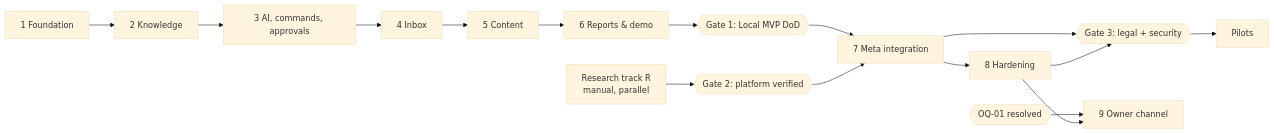
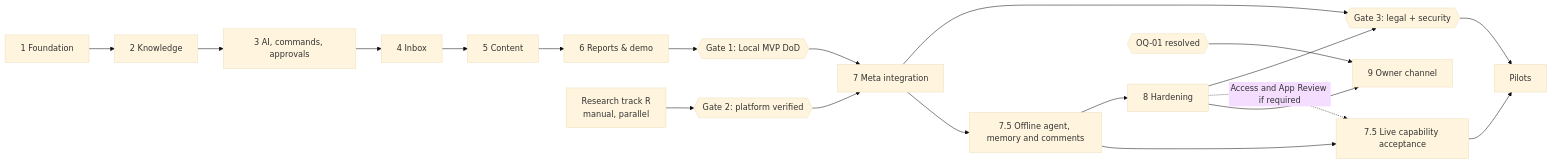
Before and after one commit to Ernosto0/AgentNest: the diagram in docs/implementation/roadmap.md, drawn with Mermaid (base theme). The commit also changed other lines of this file and 30 other files, not shown here.

````diff
--- a/docs/implementation/roadmap.md
+++ b/docs/implementation/roadmap.md
@@ -26,14 +27,18 @@
 ```mermaid
 flowchart LR
   P1[1 Foundation] --> P2[2 Knowledge] --> P3[3 AI, commands, approvals] --> P4[4 Inbox] --> P5[5 Content] --> P6[6 Reports & demo]
   P6 --> G1{{Gate 1: Local MVP DoD}}
   R[Research track R<br/>manual, parallel] --> G2{{Gate 2: platform verified}}
   G1 --> P7[7 Meta integration]
   G2 --> P7
   P7 --> G3{{Gate 3: legal + security}}
   P8[8 Hardening] --> G3
-  P7 --> P8
+  P7 --> P75[7.5 Offline agent, memory and comments]
+  P75 --> P8
+  P75 --> LIVE75[7.5 Live capability acceptance]
+  P8 -. Access and App Review if required .-> LIVE75
+  LIVE75 --> PILOT
   G3 --> PILOT[Pilots]
   OQ1{{OQ-01 resolved}} --> P9[9 Owner channel]
   P8 --> P9
 ```
````
